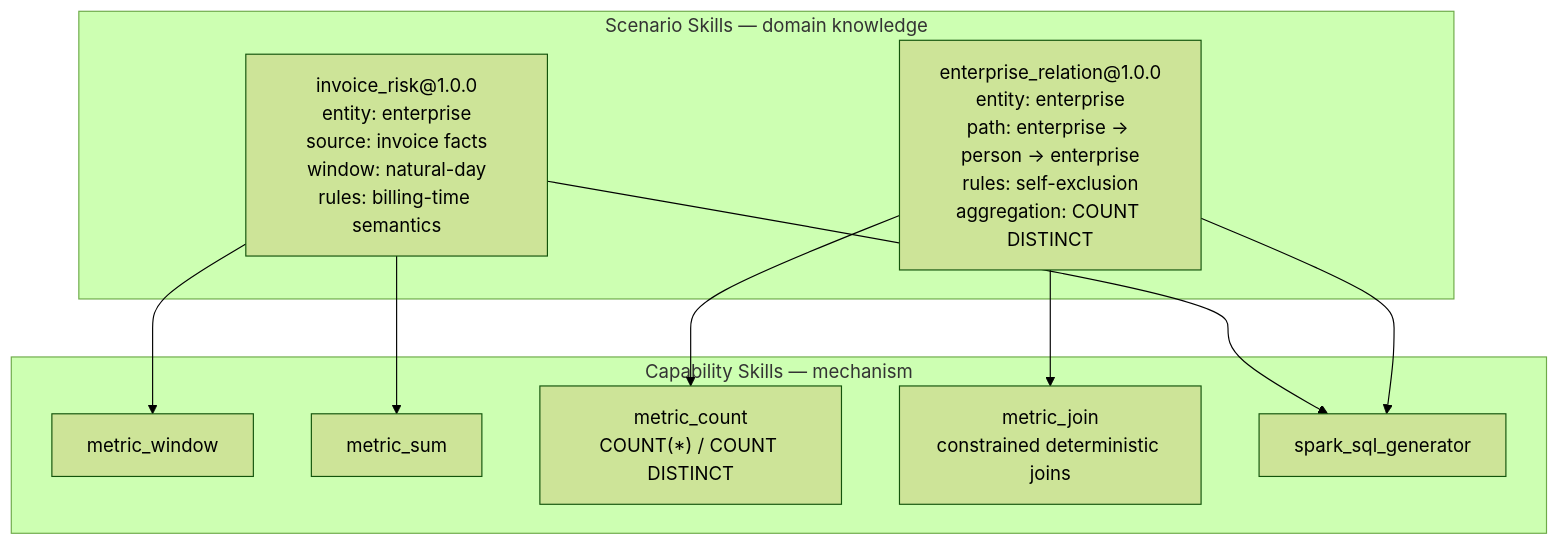
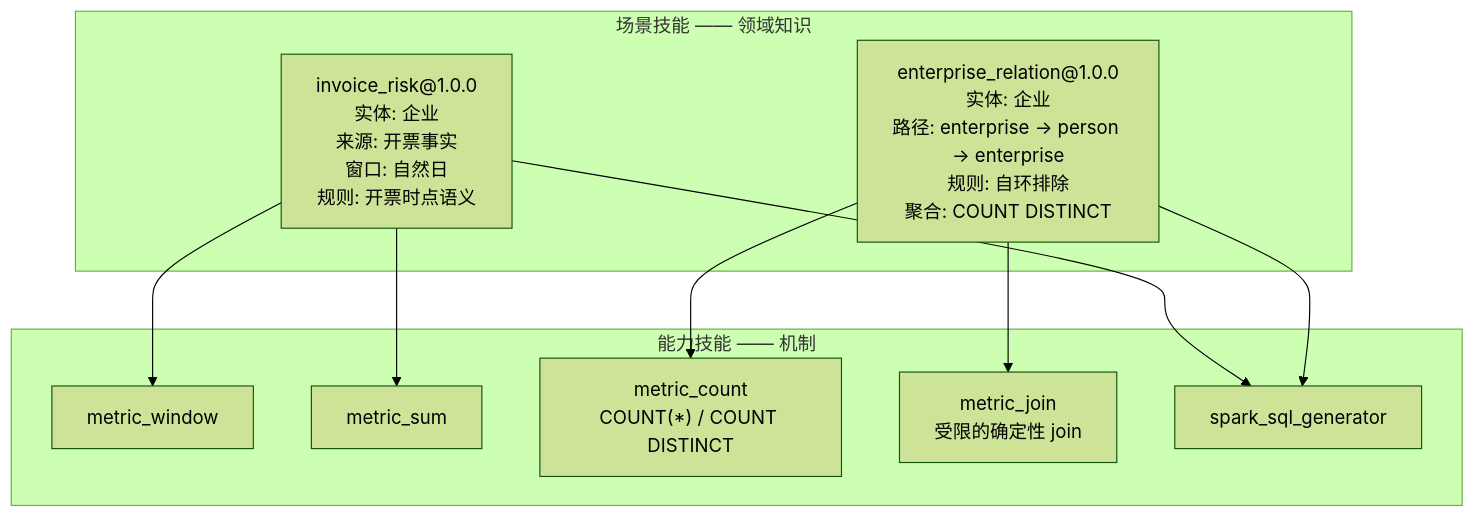
The third of 4 diagrams in docs/architecture/overview.md (huangJJ8/airi), drawn with Mermaid (forest theme) before and after one commit. The commit also changed other lines of this file and 24 other files, not shown here.

````diff
--- a/docs/architecture/overview.md
+++ b/docs/architecture/overview.md
@@ -98,22 +93,22 @@
 ```mermaid
 flowchart TD
-    subgraph S["Scenario Skills — domain knowledge"]
-        S1["invoice_risk@1.0.0<br/>entity: enterprise<br/>source: invoice facts<br/>window: natural-day<br/>rules: billing-time semantics"]
-        S2["enterprise_relation@1.0.0<br/>entity: enterprise<br/>path: enterprise → person → enterprise<br/>rules: self-exclusion<br/>aggregation: COUNT DISTINCT"]
+    subgraph S["场景技能 —— 领域知识"]
+        S1["invoice_risk@1.0.0<br/>实体: 企业<br/>来源: 开票事实<br/>窗口: 自然日<br/>规则: 开票时点语义"]
+        S2["enterprise_relation@1.0.0<br/>实体: 企业<br/>路径: enterprise → person → enterprise<br/>规则: 自环排除<br/>聚合: COUNT DISTINCT"]
     end
 
-    subgraph C["Capability Skills — mechanism"]
+    subgraph C["能力技能 —— 机制"]
         C1["metric_window"]
         C2["metric_sum"]
         C3["metric_count<br/>COUNT(*) / COUNT DISTINCT"]
-        C4["metric_join<br/>constrained deterministic joins"]
+        C4["metric_join<br/>受限的确定性 join"]
         C5["spark_sql_generator"]
     end
 
     S1 --> C1
     S1 --> C2
     S1 --> C5
     S2 --> C3
     S2 --> C4
     S2 --> C5
 ```
````
